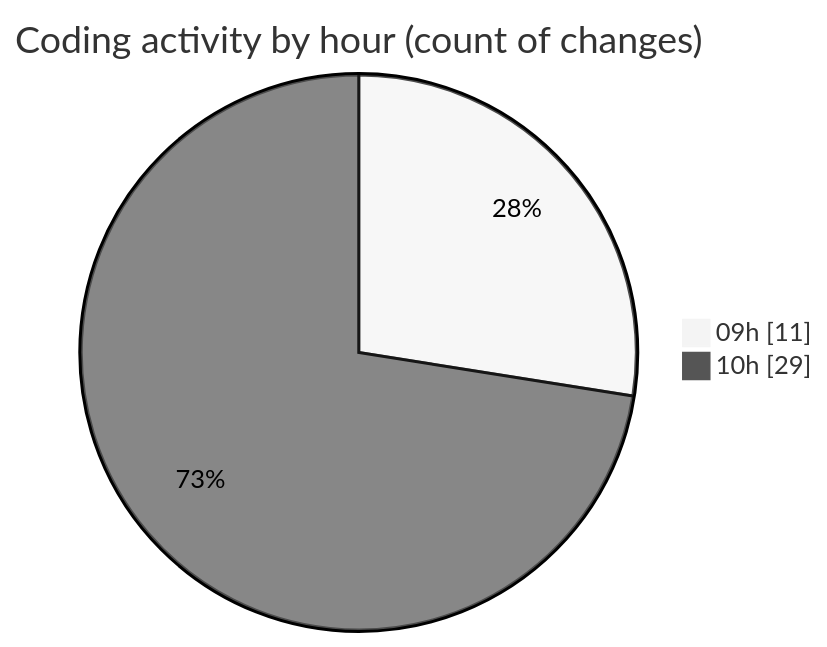
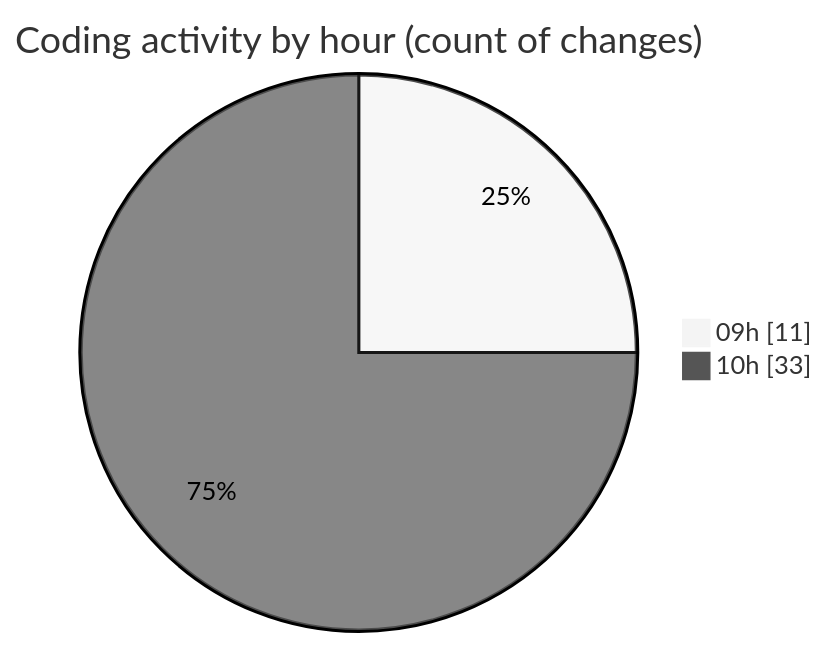
The second of 2 diagrams in 2025-05-27/ecodeli-1/README.md (CELIANVF/code-tracking), drawn with Mermaid (neutral theme) before and after one commit. The commit also changed other lines of this file and 1 other file, not shown here.

````diff
--- a/2025-05-27/ecodeli-1/README.md
+++ b/2025-05-27/ecodeli-1/README.md
@@ -42,6 +44,6 @@
 ```mermaid
 pie showData
 title Coding activity by hour (count of changes)
 "09h" : 11
-"10h" : 29
+"10h" : 33
 ```
````
